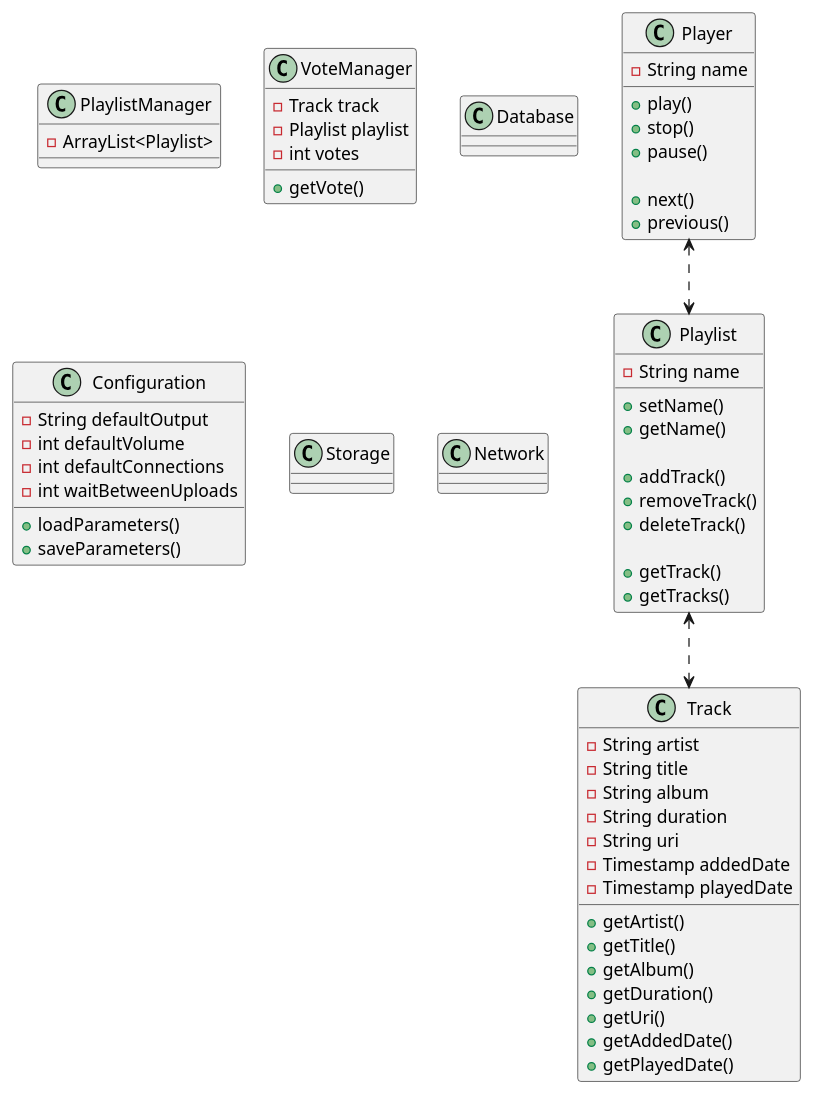
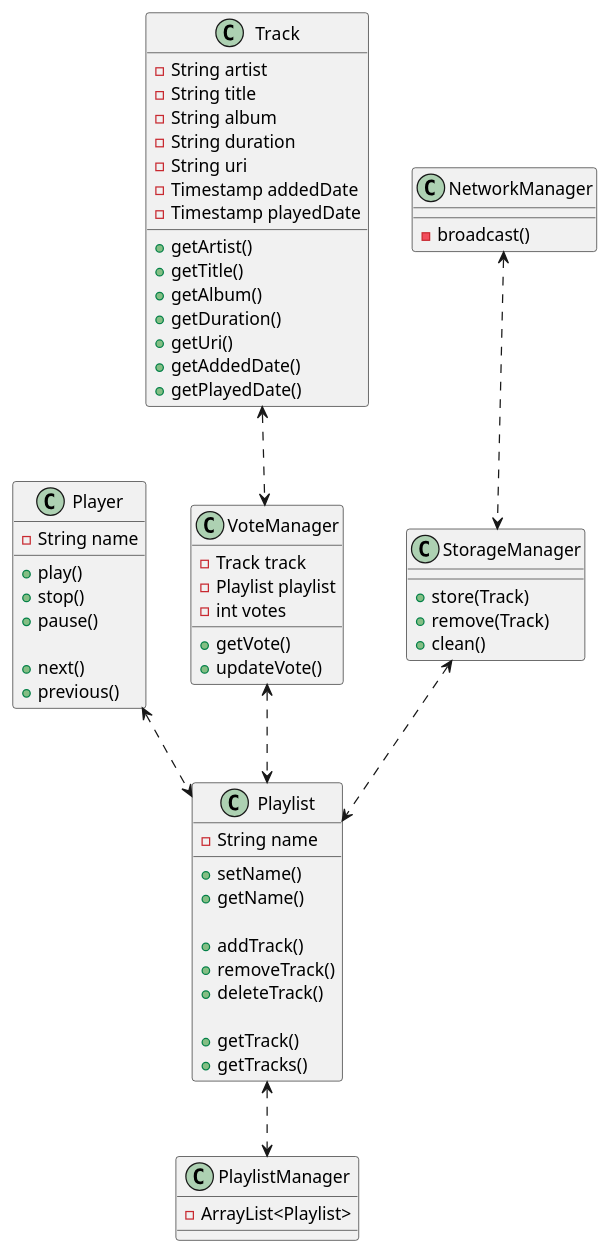
Before and after one commit to heig-vd-pro2017/projet: the diagram in UML.plantuml, drawn with PlantUML. The commit also changed 1 other file, not shown here.

Commit message:
Diagrams updates

```diff
--- a/UML.plantuml
+++ b/UML.plantuml
@@ -1,83 +1,87 @@
 @startuml
 
 class Player {
     -String name
 
     +play()
     +stop()
     +pause()
 
     +next()
     +previous()
 }
 
 class Playlist {
     -String name
 
     +setName()
     +getName()
 
     +addTrack()
     +removeTrack()
     +deleteTrack()
 
     +getTrack()
     +getTracks()
 
 }
 
 class Track {
     -String artist
     -String title
     -String album
     -String duration
     -String uri
     -Timestamp addedDate
     -Timestamp playedDate
 
     +getArtist()
     +getTitle()
     +getAlbum()
     +getDuration()
     +getUri()
     +getAddedDate()
     +getPlayedDate()
 }
 
 class PlaylistManager {
     -ArrayList<Playlist>
 }
 
 class VoteManager {
     -Track track
     -Playlist playlist
     -int votes
 
     +getVote()
+    +updateVote()
 }
 
-class Database {
+
+class StorageManager {
+
+    +store(Track)
+    +remove(Track)
+    +clean()
 
 }
 
-class Configuration {
-    -String defaultOutput
-    -int defaultVolume
-    -int defaultConnections
-    -int waitBetweenUploads
+class NetworkManager {
 
-    +loadParameters()
-    +saveParameters()
+    -broadcast()
 }
 
-class Storage {
-
-}
-
-class Network {
-
-}
 
 Player <..> Playlist
-Playlist <..> Track
+
+Track <..> VoteManager
+
+VoteManager <..> Playlist
+
+StorageManager <..> Playlist
+
+Playlist <..> PlaylistManager
+
+NetworkManager <..> StorageManager
+
 @enduml
```
